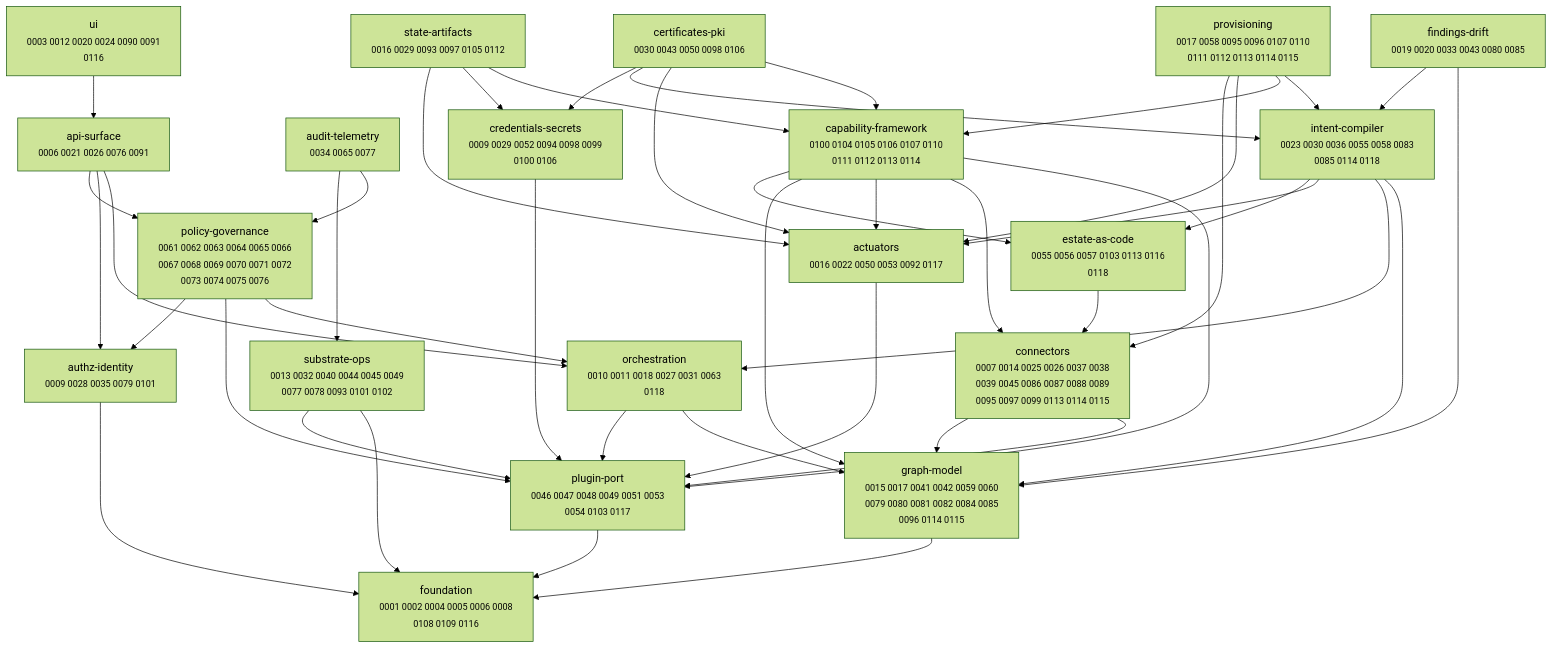
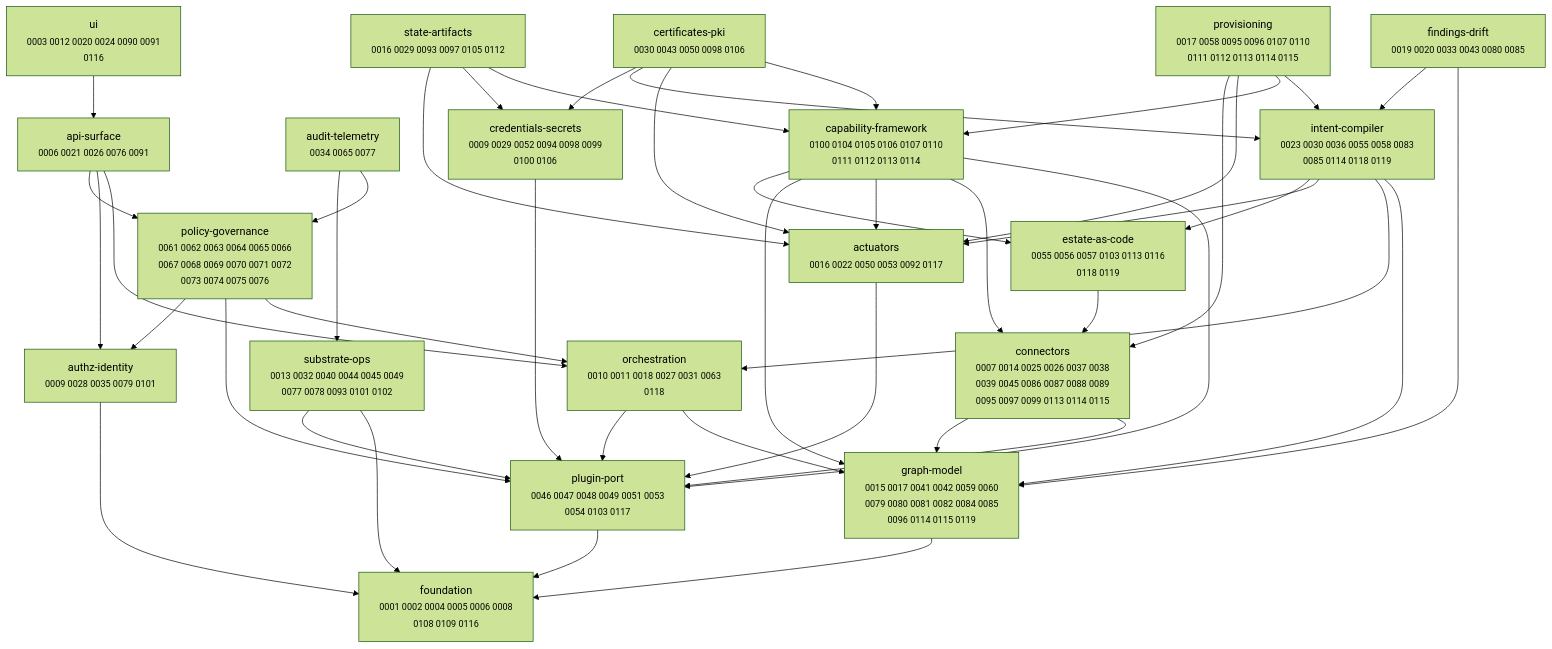
The diagram in docs/adr/MAP.md (dstout-devops/stratt), drawn with Mermaid (forest theme) before and after one commit. The commit also changed other lines of this file and 3 other files, not shown here.

````diff
--- a/docs/adr/MAP.md
+++ b/docs/adr/MAP.md
@@ -11,67 +11,67 @@
 ```mermaid
 graph TD
   actuators["actuators<br/><small>0016 0022 0050 0053 0092 0117</small>"]
   api_surface["api-surface<br/><small>0006 0021 0026 0076 0091</small>"]
   audit_telemetry["audit-telemetry<br/><small>0034 0065 0077</small>"]
   authz_identity["authz-identity<br/><small>0009 0028 0035 0079 0101</small>"]
   capability_framework["capability-framework<br/><small>0100 0104 0105 0106 0107 0110<br/>0111 0112 0113 0114</small>"]
   certificates_pki["certificates-pki<br/><small>0030 0043 0050 0098 0106</small>"]
   connectors["connectors<br/><small>0007 0014 0025 0026 0037 0038<br/>0039 0045 0086 0087 0088 0089<br/>0095 0097 0099 0113 0114 0115</small>"]
   credentials_secrets["credentials-secrets<br/><small>0009 0029 0052 0094 0098 0099<br/>0100 0106</small>"]
-  estate_as_code["estate-as-code<br/><small>0055 0056 0057 0103 0113 0116<br/>0118</small>"]
+  estate_as_code["estate-as-code<br/><small>0055 0056 0057 0103 0113 0116<br/>0118 0119</small>"]
   findings_drift["findings-drift<br/><small>0019 0020 0033 0043 0080 0085</small>"]
   foundation["foundation<br/><small>0001 0002 0004 0005 0006 0008<br/>0108 0109 0116</small>"]
-  graph_model["graph-model<br/><small>0015 0017 0041 0042 0059 0060<br/>0079 0080 0081 0082 0084 0085<br/>0096 0114 0115</small>"]
-  intent_compiler["intent-compiler<br/><small>0023 0030 0036 0055 0058 0083<br/>0085 0114 0118</small>"]
+  graph_model["graph-model<br/><small>0015 0017 0041 0042 0059 0060<br/>0079 0080 0081 0082 0084 0085<br/>0096 0114 0115 0119</small>"]
+  intent_compiler["intent-compiler<br/><small>0023 0030 0036 0055 0058 0083<br/>0085 0114 0118 0119</small>"]
   orchestration["orchestration<br/><small>0010 0011 0018 0027 0031 0063<br/>0118</small>"]
   plugin_port["plugin-port<br/><small>0046 0047 0048 0049 0051 0053<br/>0054 0103 0117</small>"]
   policy_governance["policy-governance<br/><small>0061 0062 0063 0064 0065 0066<br/>0067 0068 0069 0070 0071 0072<br/>0073 0074 0075 0076</small>"]
   provisioning["provisioning<br/><small>0017 0058 0095 0096 0107 0110<br/>0111 0112 0113 0114 0115</small>"]
   state_artifacts["state-artifacts<br/><small>0016 0029 0093 0097 0105 0112</small>"]
   substrate_ops["substrate-ops<br/><small>0013 0032 0040 0044 0045 0049<br/>0077 0078 0093 0101 0102</small>"]
   ui["ui<br/><small>0003 0012 0020 0024 0090 0091<br/>0116</small>"]
 
   actuators --> plugin_port
   api_surface --> orchestration
   api_surface --> authz_identity
   api_surface --> policy_governance
   audit_telemetry --> policy_governance
   audit_telemetry --> substrate_ops
   authz_identity --> foundation
   capability_framework --> plugin_port
   capability_framework --> connectors
   capability_framework --> actuators
   capability_framework --> graph_model
   capability_framework --> estate_as_code
   certificates_pki --> capability_framework
   certificates_pki --> actuators
   certificates_pki --> intent_compiler
   certificates_pki --> credentials_secrets
   connectors --> plugin_port
   connectors --> graph_model
   credentials_secrets --> plugin_port
   estate_as_code --> connectors
   findings_drift --> graph_model
   findings_drift --> intent_compiler
   graph_model --> foundation
   intent_compiler --> graph_model
   intent_compiler --> orchestration
   intent_compiler --> actuators
   intent_compiler --> estate_as_code
   orchestration --> graph_model
   orchestration --> plugin_port
   plugin_port --> foundation
   policy_governance --> orchestration
   policy_governance --> plugin_port
   policy_governance --> authz_identity
   provisioning --> intent_compiler
   provisioning --> capability_framework
   provisioning --> actuators
   provisioning --> connectors
   state_artifacts --> capability_framework
   state_artifacts --> credentials_secrets
   state_artifacts --> actuators
   substrate_ops --> foundation
   substrate_ops --> plugin_port
   ui --> api_surface
 ```
````
